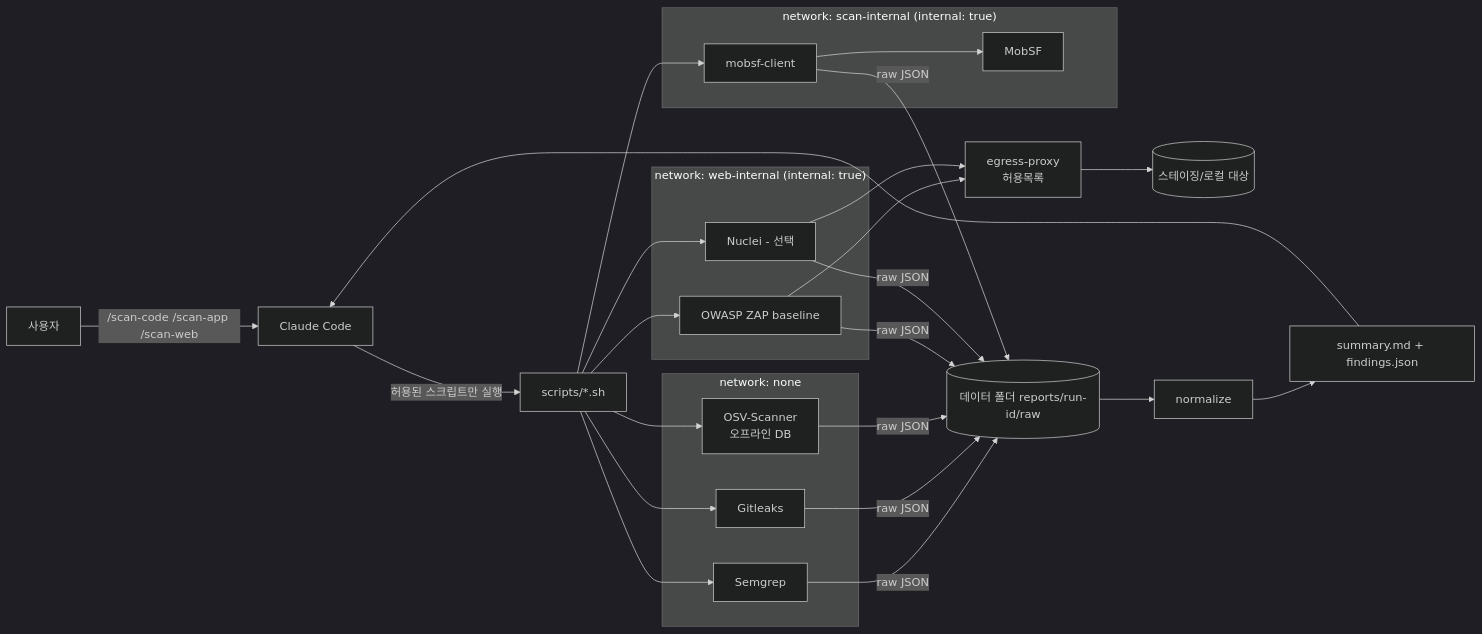
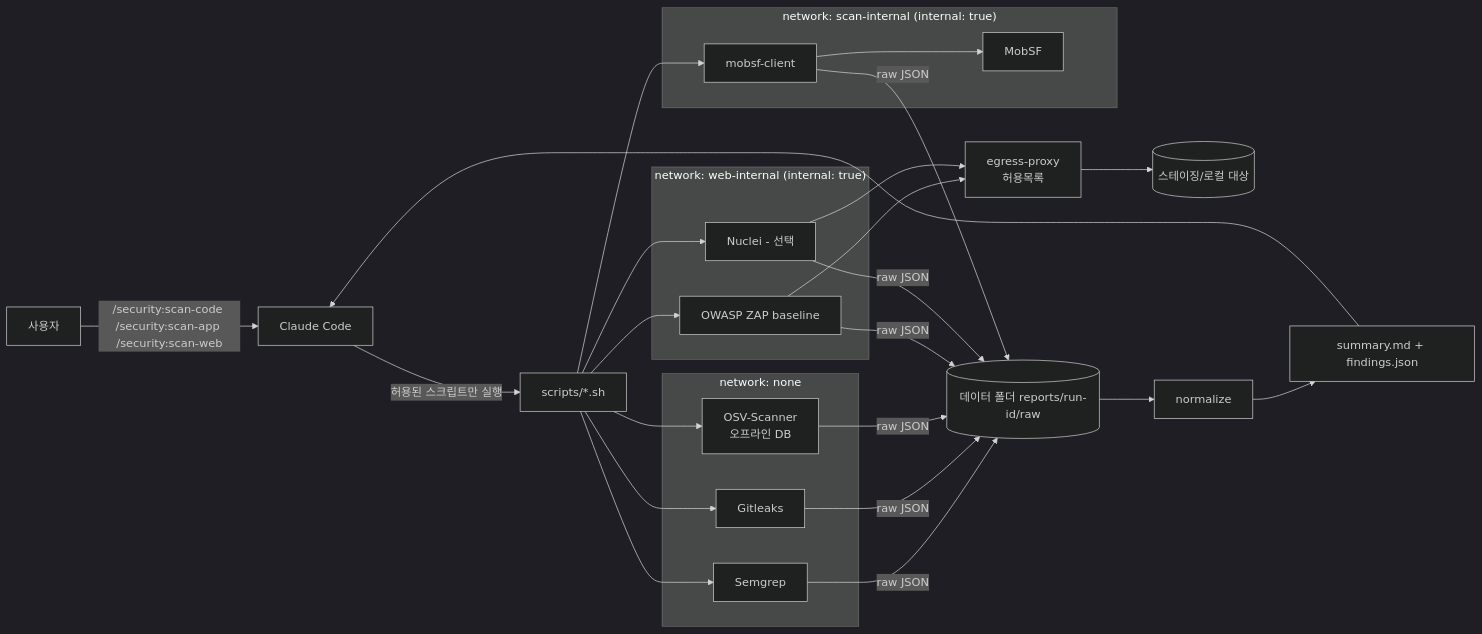
The diagram in docs/security/01 개요/아키텍처.md (wnsgur9137/dev-workflow-kit), drawn with Mermaid (dark theme) before and after one commit. The commit also changed 18 other files, not shown here.

````diff
--- a/docs/security/01 개요/아키텍처.md
+++ b/docs/security/01 개요/아키텍처.md
@@ -14,33 +14,33 @@
 ```mermaid
 flowchart LR
-    U[사용자] -->|/scan-code /scan-app /scan-web| CC[Claude Code]
+    U[사용자] -->|/security:scan-code /security:scan-app /security:scan-web| CC[Claude Code]
     CC -->|허용된 스크립트만 실행| S[scripts/*.sh]
 
     subgraph NONE["network: none"]
         SG[Semgrep]
         GL[Gitleaks]
         OSV[OSV-Scanner<br/>오프라인 DB]
     end
 
     subgraph INTERNAL["network: scan-internal (internal: true)"]
         MOB[MobSF]
         MC[mobsf-client]
     end
 
     subgraph WEB["network: web-internal (internal: true)"]
         ZAP[OWASP ZAP baseline]
         NU[Nuclei - 선택]
     end
 
     PX[egress-proxy<br/>허용목록]
     T[(스테이징/로컬 대상)]
 
     S --> SG & GL & OSV
     S --> MC --> MOB
     S --> ZAP & NU
     ZAP & NU --> PX --> T
 
     SG & GL & OSV & MC & ZAP & NU -->|raw JSON| R[(데이터 폴더 reports/run-id/raw)]
     R --> N[normalize] --> SUM[summary.md + findings.json]
     SUM --> CC
 ```
````
